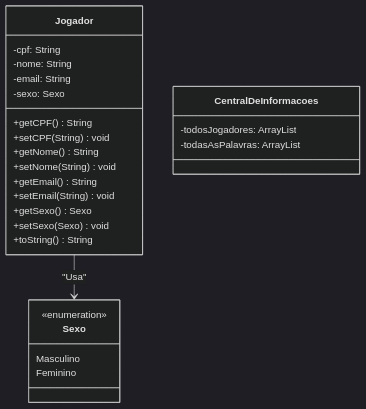
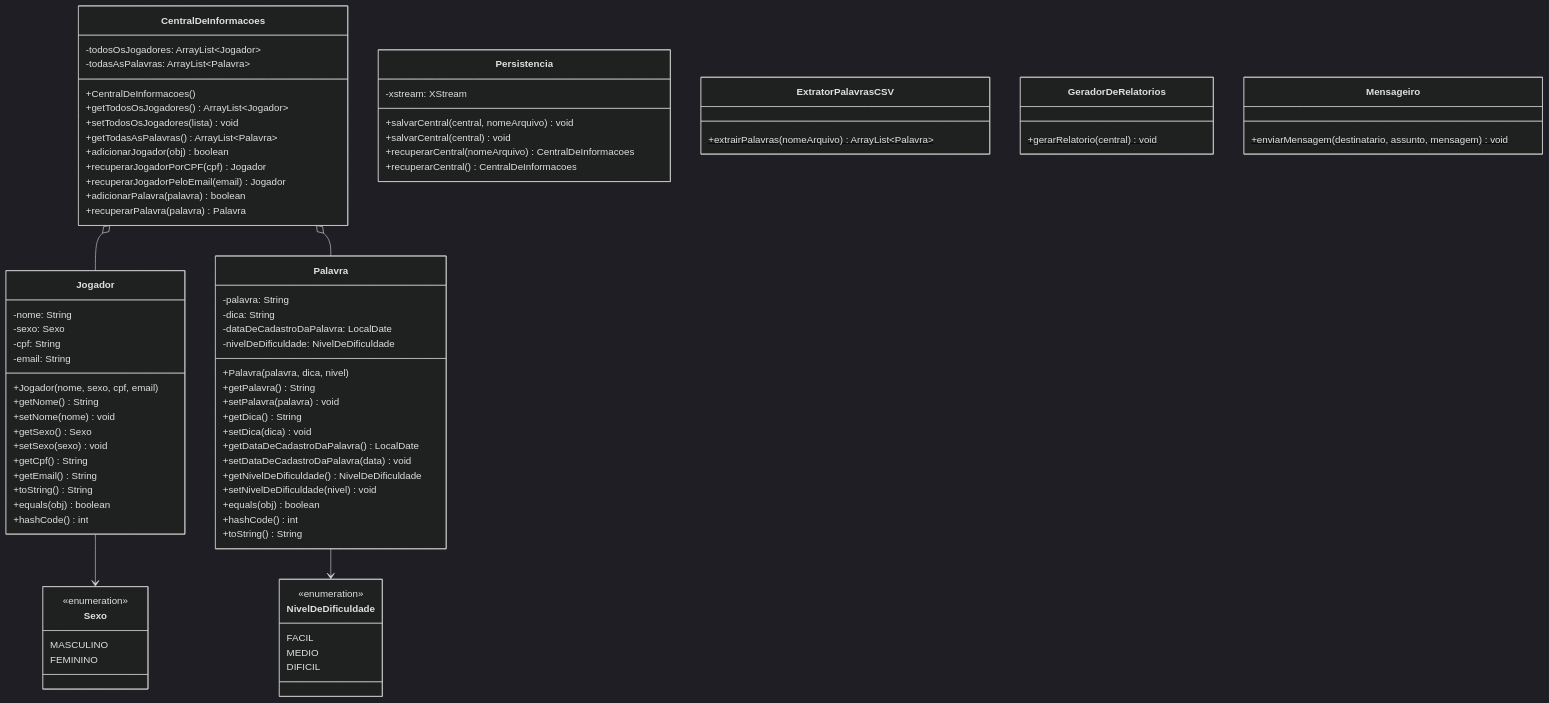
One commit to Matheus-SBrito/AquecimentoProjeto changed the second of 2 diagrams in README.md. Above: the diagram before and after it, drawn with Mermaid (dark theme). The commit also changed other lines of this file and 12 other files, not shown here.

````diff
--- a/README.md
+++ b/README.md
@@ -127,47 +65,91 @@
 ```mermaid
 classDiagram
 
-
-%% Classe Base Jogador
-
-class Jogador{
-
-    -cpf: String
-    -nome: String
-    -email: String
-    -sexo: Sexo
-
-    +getCPF() String
-    +setCPF(String) void
-
-    +getNome() String
-    +setNome(String) void
-
-    +getEmail() String
-    +setEmail(String) void
- 
-    +getSexo() Sexo
-    +setSexo(Sexo) void
-
-    +toString() String
-
+class Sexo {
+    <<enumeration>>
+    MASCULINO
+    FEMININO
 }
 
-class Sexo{
+class NivelDeDificuldade {
     <<enumeration>>
-    Masculino
-    Feminino
+    FACIL
+    MEDIO
+    DIFICIL
 }
 
-Jogador --> Sexo : "Usa"
+class Jogador {
+    -nome: String
+    -sexo: Sexo
+    -cpf: String
+    -email: String
+    +Jogador(nome, sexo, cpf, email)
+    +getNome() String
+    +setNome(nome) void
+    +getSexo() Sexo
+    +setSexo(sexo) void
+    +getCpf() String
+    +getEmail() String
+    +toString() String
+    +equals(obj) boolean
+    +hashCode() int
+}
 
-%% Classe Intermediária
-
+class Palavra {
+    -palavra: String
+    -dica: String
+    -dataDeCadastroDaPalavra: LocalDate
+    -nivelDeDificuldade: NivelDeDificuldade
+    +Palavra(palavra, dica, nivel)
+    +getPalavra() String
+    +setPalavra(palavra) void
+    +getDica() String
+    +setDica(dica) void
+    +getDataDeCadastroDaPalavra() LocalDate
+    +setDataDeCadastroDaPalavra(data) void
+    +getNivelDeDificuldade() NivelDeDificuldade
+    +setNivelDeDificuldade(nivel) void
+    +equals(obj) boolean
+    +hashCode() int
+    +toString() String
+}
 
 class CentralDeInformacoes {
+    -todosOsJogadores: ArrayList~Jogador~
+    -todasAsPalavras: ArrayList~Palavra~
+    +CentralDeInformacoes()
+    +getTodosOsJogadores() ArrayList~Jogador~
+    +setTodosOsJogadores(lista) void
+    +getTodasAsPalavras() ArrayList~Palavra~
+    +adicionarJogador(obj) boolean
+    +recuperarJogadorPorCPF(cpf) Jogador
+    +recuperarJogadorPeloEmail(email) Jogador
+    +adicionarPalavra(palavra) boolean
+    +recuperarPalavra(palavra) Palavra
+}
 
-    -todosJogadores: ArrayList<Jogador>
-    -todasAsPalavras: ArrayList<Palavra>
+class Persistencia {
+    -xstream: XStream
+    +salvarCentral(central, nomeArquivo) void
+    +salvarCentral(central) void
+    +recuperarCentral(nomeArquivo) CentralDeInformacoes
+    +recuperarCentral() CentralDeInformacoes
+}
 
+class ExtratorPalavrasCSV {
+    +extrairPalavras(nomeArquivo)$ ArrayList~Palavra~
 }
+
+class GeradorDeRelatorios {
+    +gerarRelatorio(central)$ void
+}
+
+class Mensageiro {
+    +enviarMensagem(destinatario, assunto, mensagem)$ void
+}
+
+Jogador --> Sexo
+Palavra --> NivelDeDificuldade
+CentralDeInformacoes o-- Jogador
+CentralDeInformacoes o-- Palavra
 ```
````
